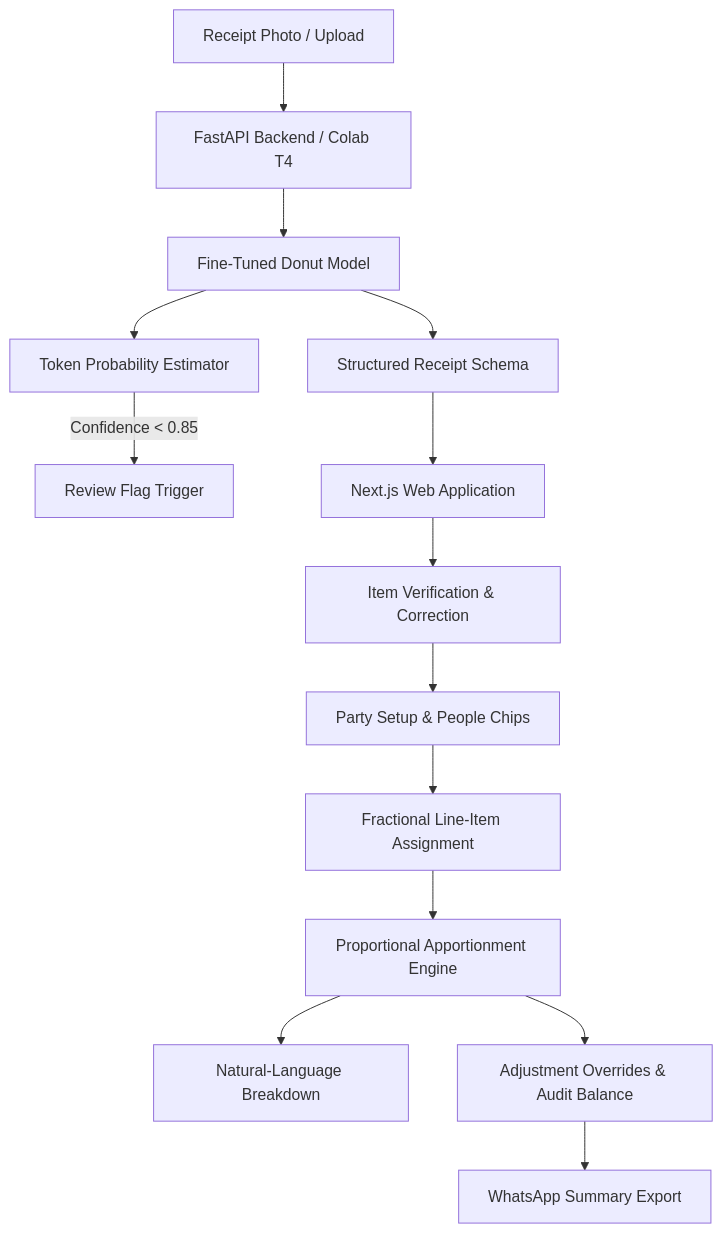
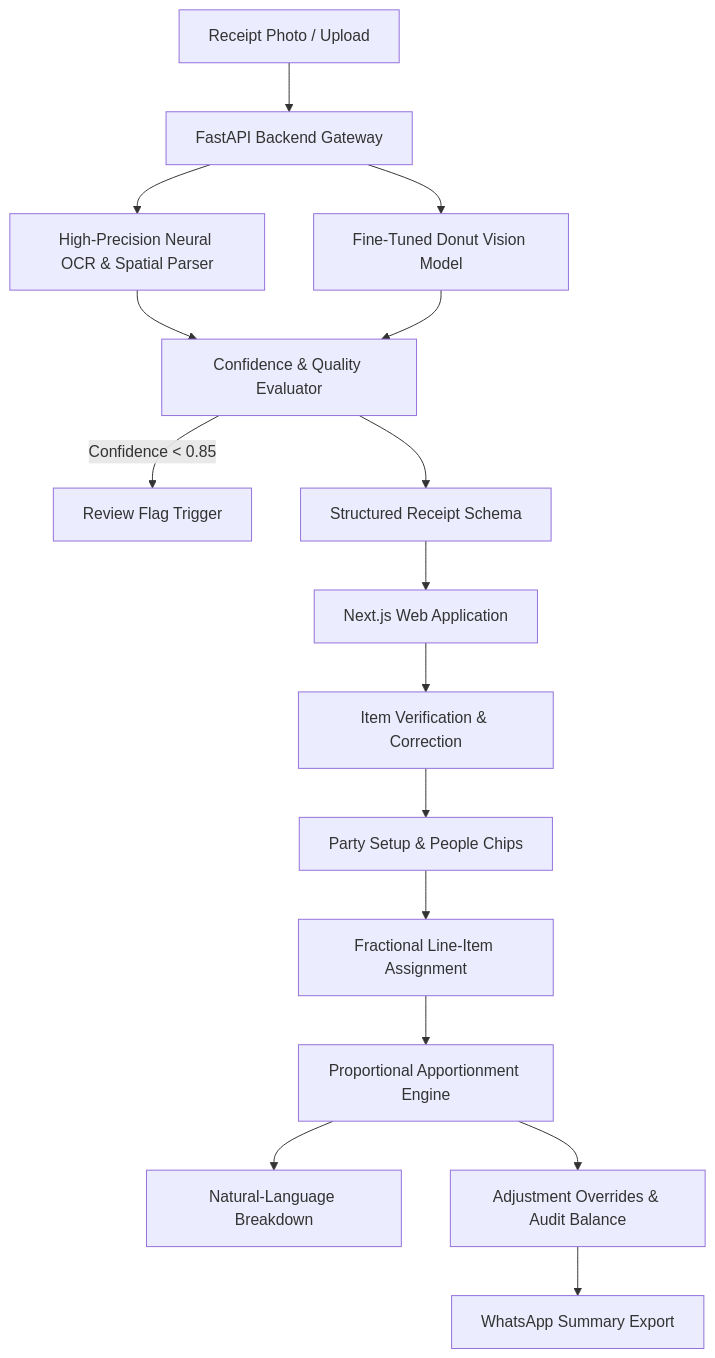
One commit to x2Allen2775/Nalafaad-ML-track-pipeline changed the diagram in README.md. Above: the diagram before and after it, drawn with Mermaid. The commit also changed other lines of this file and 1 other file, not shown here.

Commit message:
docs: document hybrid architecture combining neural OCR and fine-tuned Donut

````diff
--- a/README.md
+++ b/README.md
@@ -25,16 +27,18 @@
 ```mermaid
 graph TD
-    A[Receipt Photo / Upload] --> B[FastAPI Backend / Colab T4]
-    B --> C[Fine-Tuned Donut Model]
-    C --> D[Token Probability Estimator]
+    A[Receipt Photo / Upload] --> B[FastAPI Backend Gateway]
+    B --> C1[High-Precision Neural OCR & Spatial Parser]
+    B --> C2[Fine-Tuned Donut Vision Model]
+    C1 --> D[Confidence & Quality Evaluator]
+    C2 --> D
     D -->|Confidence < 0.85| E[Review Flag Trigger]
-    C --> F[Structured Receipt Schema]
+    D --> F[Structured Receipt Schema]
     F --> G[Next.js Web Application]
     G --> H[Item Verification & Correction]
     H --> I[Party Setup & People Chips]
     I --> J[Fractional Line-Item Assignment]
     J --> K[Proportional Apportionment Engine]
     K --> L[Natural-Language Breakdown]
     K --> M[Adjustment Overrides & Audit Balance]
     M --> N[WhatsApp Summary Export]
 ```
````
